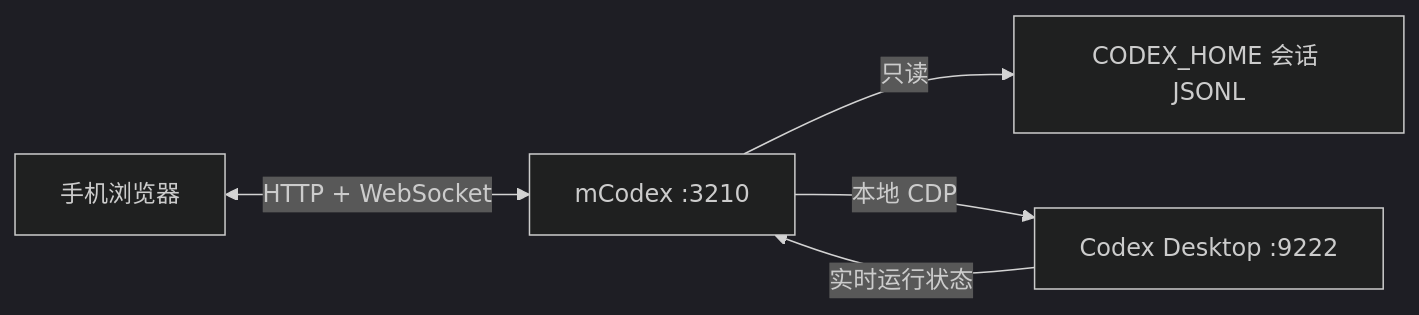
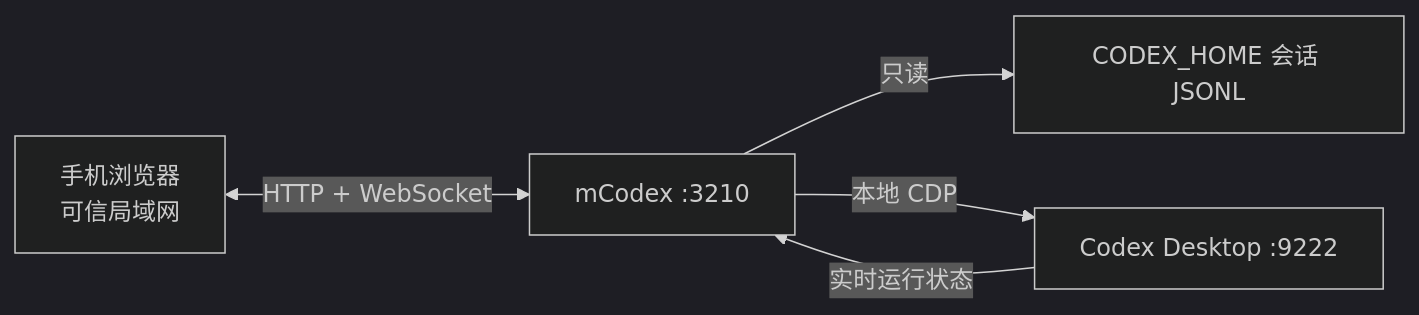
One commit to supermancantfly007/mCodex changed the diagram in README_ZH.md. Above: the diagram before and after it, drawn with Mermaid (dark theme). The commit also changed other lines of this file and 30 other files, not shown here.

````diff
--- a/README_ZH.md
+++ b/README_ZH.md
@@ -31,7 +78,7 @@
 ```mermaid
 flowchart LR
-    phone["手机浏览器"] <-->|HTTP + WebSocket| bridge["mCodex :3210"]
+    phone["手机浏览器<br>可信局域网"] <-->|HTTP + WebSocket| bridge["mCodex :3210"]
     bridge -->|只读| files["CODEX_HOME 会话 JSONL"]
     bridge -->|本地 CDP| desktop["Codex Desktop :9222"]
     desktop -->|实时运行状态| bridge
 ```
````
